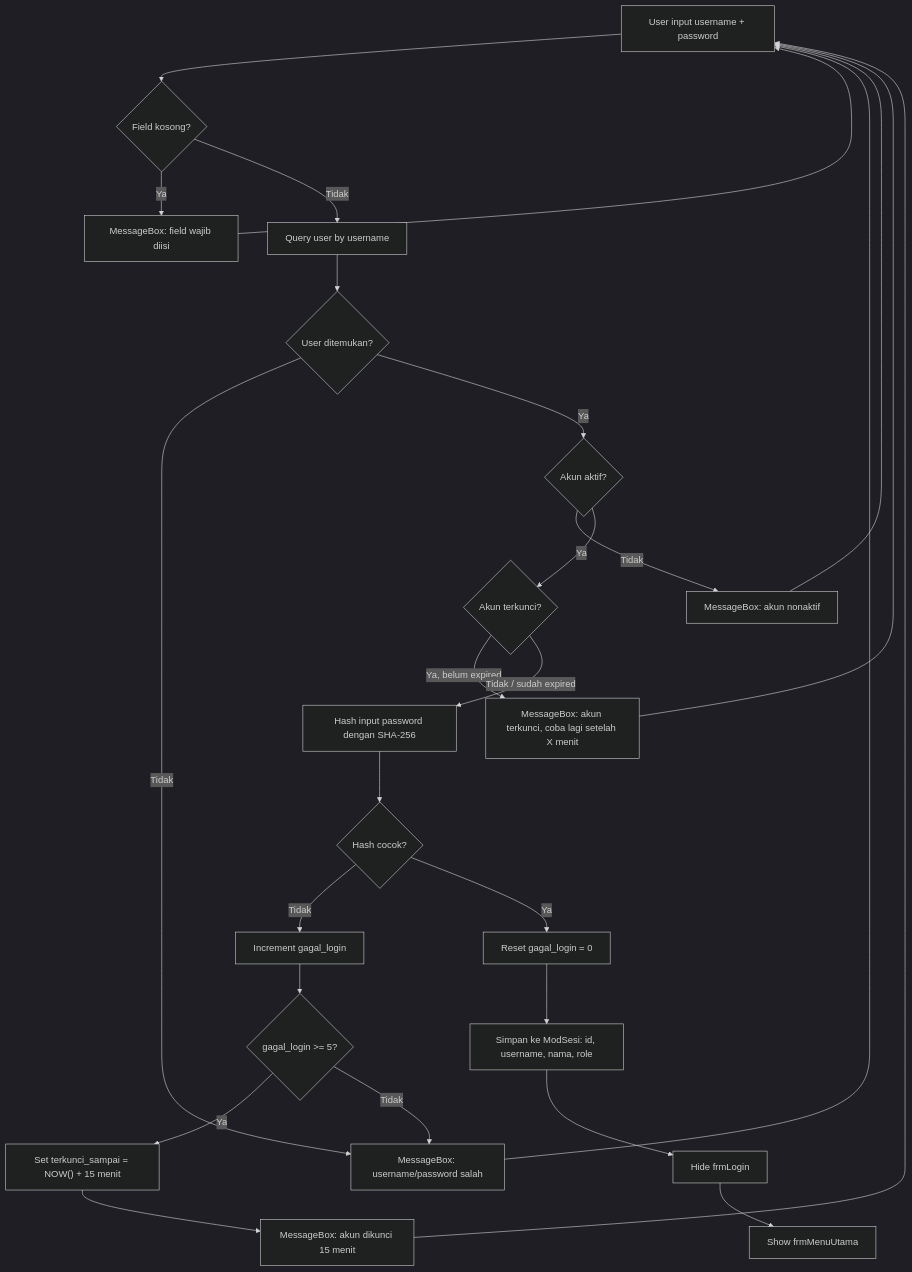
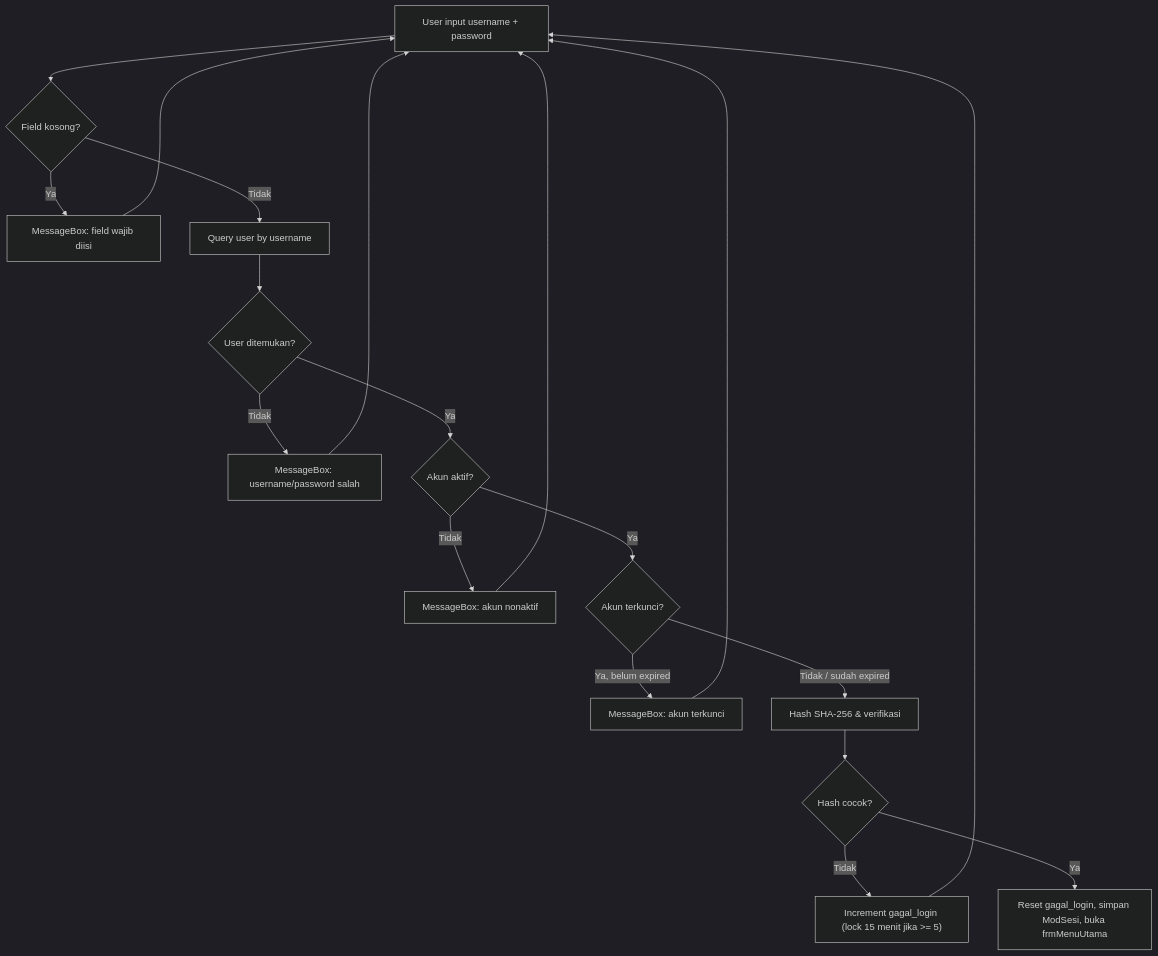
The second of 4 diagrams in .ai/APP-FLOW.md (Alfar0nt/SIPELA-Sistem-Informasi-Pemesanan-Arung-Futsal), drawn with Mermaid (dark theme) before and after one commit. The commit also changed other lines of this file and 16 other files, not shown here.

````diff
--- a/.ai/APP-FLOW.md
+++ b/.ai/APP-FLOW.md
@@ -39,28 +34,21 @@
 ```mermaid
 flowchart TD
     A["User input username + password"] --> B{"Field kosong?"}
     B -->|Ya| C["MessageBox: field wajib diisi"]
     C --> A
     B -->|Tidak| D["Query user by username"]
     D --> E{"User ditemukan?"}
     E -->|Tidak| F["MessageBox: username/password salah"]
     F --> A
     E -->|Ya| G{"Akun aktif?"}
     G -->|Tidak| H["MessageBox: akun nonaktif"]
     H --> A
     G -->|Ya| I{"Akun terkunci?"}
-    I -->|Ya, belum expired| J["MessageBox: akun terkunci, coba lagi setelah X menit"]
+    I -->|Ya, belum expired| J["MessageBox: akun terkunci"]
     J --> A
-    I -->|Tidak / sudah expired| K["Hash input password dengan SHA-256"]
+    I -->|Tidak / sudah expired| K["Hash SHA-256 & verifikasi"]
     K --> L{"Hash cocok?"}
-    L -->|Tidak| M["Increment gagal_login"]
-    M --> N{"gagal_login >= 5?"}
-    N -->|Ya| O["Set terkunci_sampai = NOW() + 15 menit"]
-    O --> P["MessageBox: akun dikunci 15 menit"]
-    P --> A
-    N -->|Tidak| F
-    L -->|Ya| Q["Reset gagal_login = 0"]
-    Q --> R["Simpan ke ModSesi: id, username, nama, role"]
-    R --> S["Hide frmLogin"]
-    S --> T["Show frmMenuUtama"]
+    L -->|Tidak| M["Increment gagal_login (lock 15 menit jika >= 5)"]
+    M --> A
+    L -->|Ya| N["Reset gagal_login, simpan ModSesi, buka frmMenuUtama"]
 ```
````
